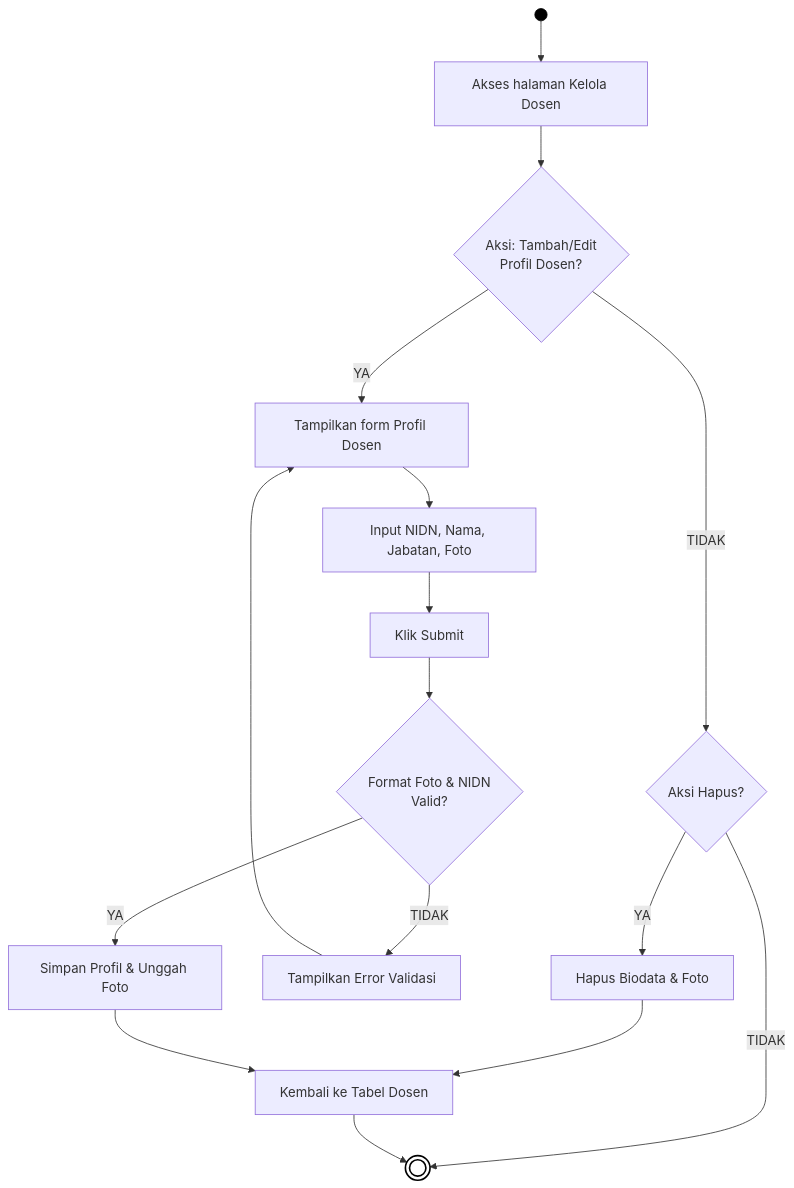
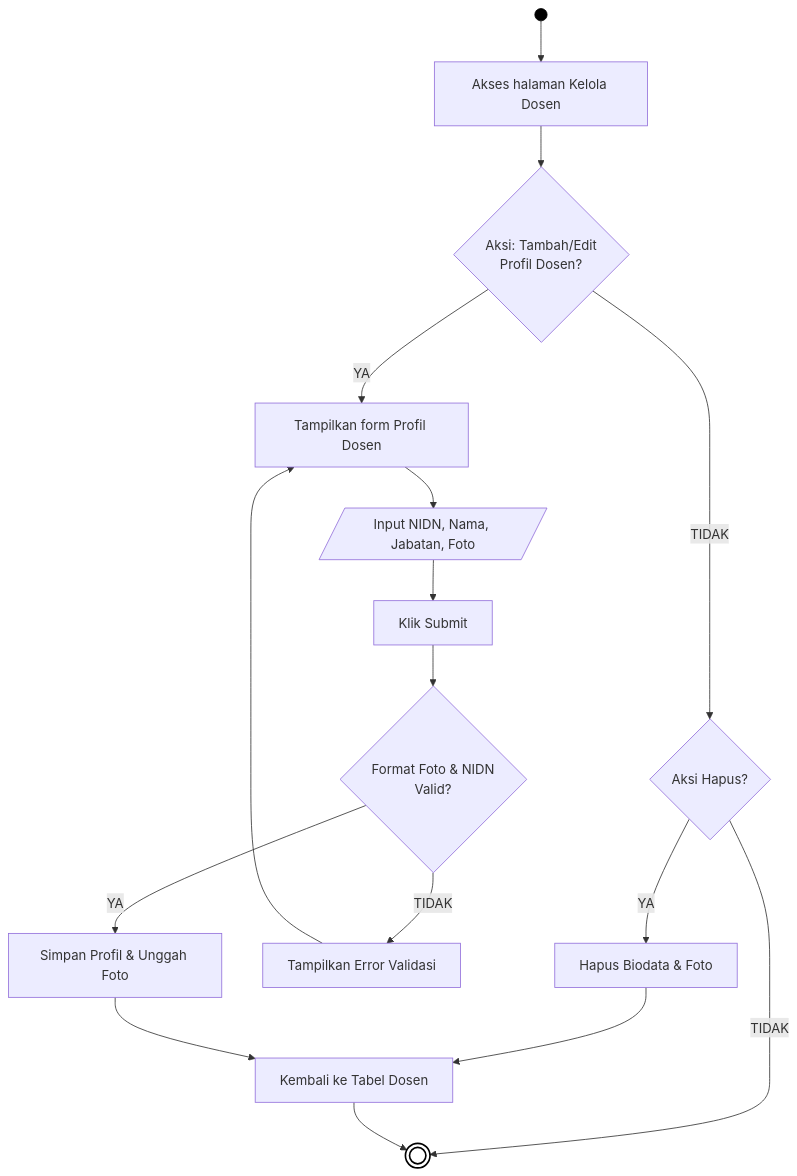
Before and after one commit to arbain-dev/Web_fikom: the eighth of 21 diagrams in docs/01_DIAGRAM_AKTIVITAS.md, drawn with Mermaid. The commit also changed other lines of this file and 2 other files, not shown here.

Commit message:
docs: perbaiki bentuk IO pada flowchart

````diff
--- a/docs/01_DIAGRAM_AKTIVITAS.md
+++ b/docs/01_DIAGRAM_AKTIVITAS.md
@@ -249,26 +249,26 @@
 ```mermaid
 flowchart TD
     Start(( )) --> A[Akses halaman Kelola Dosen]
     
     A --> B{Aksi: Tambah/Edit\nProfil Dosen?}
     
     B -- TIDAK --> Hapus{Aksi Hapus?}
     Hapus -- YA --> HC[Hapus Biodata & Foto]
     Hapus -- TIDAK --> End((( )))
     HC --> I[Kembali ke Tabel Dosen]
     
     B -- YA --> C[Tampilkan form Profil Dosen]
-    C --> D[Input NIDN, Nama, Jabatan, Foto]
+    C --> D[/Input NIDN, Nama, Jabatan, Foto/]
     D --> E[Klik Submit]
     
     E --> F{Format Foto & NIDN\nValid?}
     F -- TIDAK --> G[Tampilkan Error Validasi]
     G --> C
     
     F -- YA --> H[Simpan Profil & Unggah Foto]
     H --> I
     I --> End
     
     style Start fill:#000,stroke:#000,color:#000
     style End fill:#fff,stroke:#000,stroke-width:2px
 ```
````
